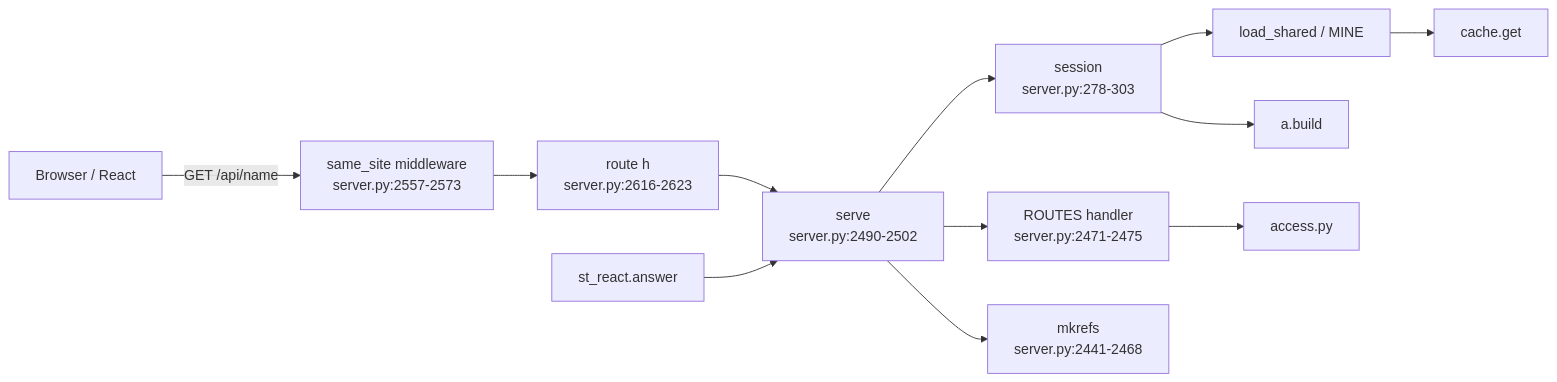
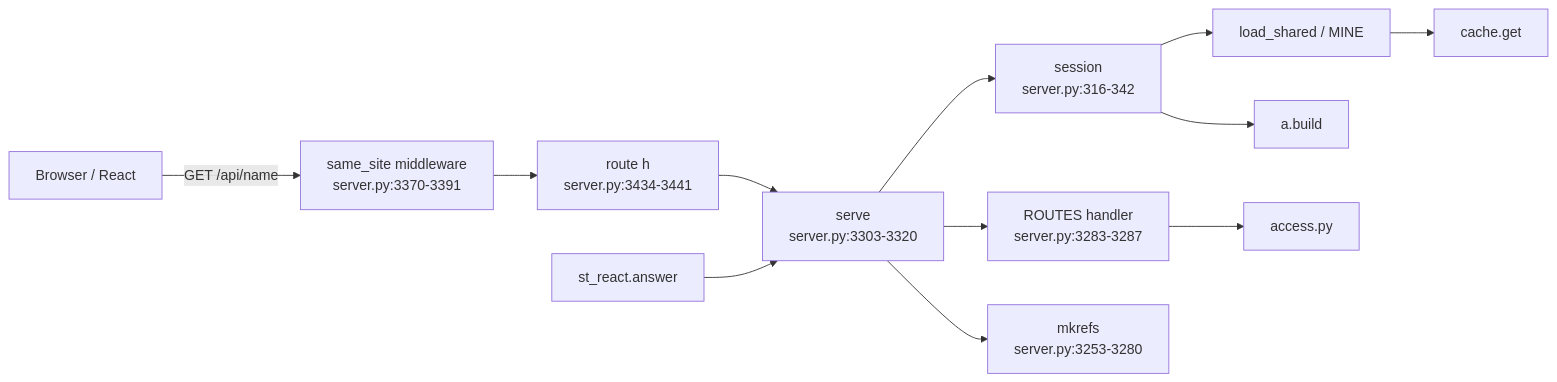
One commit to darshanmeel/snowflake-access-explorer changed the first of 2 diagrams in snowflake-access-explorer-knowledge-graph/modules/server.md. Above: the diagram before and after it, drawn with Mermaid. The commit also changed other lines of this file and 86 other files, not shown here.

First line of the commit message:
Knowledge graph up to a71221c: paged pages, lazy graph boxes, read order, What changed at refresh, load steps

````diff
--- a/snowflake-access-explorer-knowledge-graph/modules/server.md
+++ b/snowflake-access-explorer-knowledge-graph/modules/server.md
@@ -6,14 +6,14 @@
 ```mermaid
 flowchart LR
-  B[Browser / React] -->|GET /api/name| MW[same_site middleware<br/>server.py:2557-2573]
-  MW --> R[route h<br/>server.py:2616-2623]
-  R --> SV[serve<br/>server.py:2490-2502]
-  SV --> SE[session<br/>server.py:278-303]
+  B[Browser / React] -->|GET /api/name| MW[same_site middleware<br/>server.py:3370-3391]
+  MW --> R[route h<br/>server.py:3434-3441]
+  R --> SV[serve<br/>server.py:3303-3320]
+  SV --> SE[session<br/>server.py:316-342]
   SE --> LS[load_shared / MINE]
   LS --> C[cache.get]
   SE --> AB[a.build]
-  SV --> H[ROUTES handler<br/>server.py:2471-2475]
+  SV --> H[ROUTES handler<br/>server.py:3283-3287]
   H --> A[access.py]
-  SV --> MK[mkrefs<br/>server.py:2441-2468]
+  SV --> MK[mkrefs<br/>server.py:3253-3280]
   ST[st_react.answer] --> SV
 ```
````
